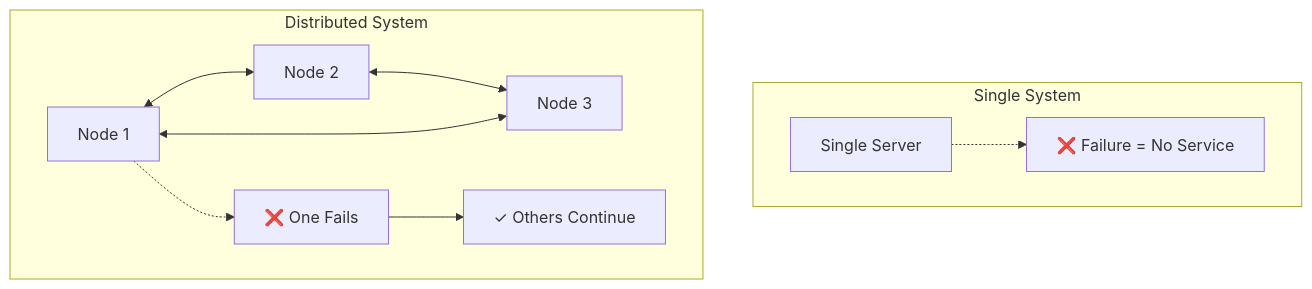
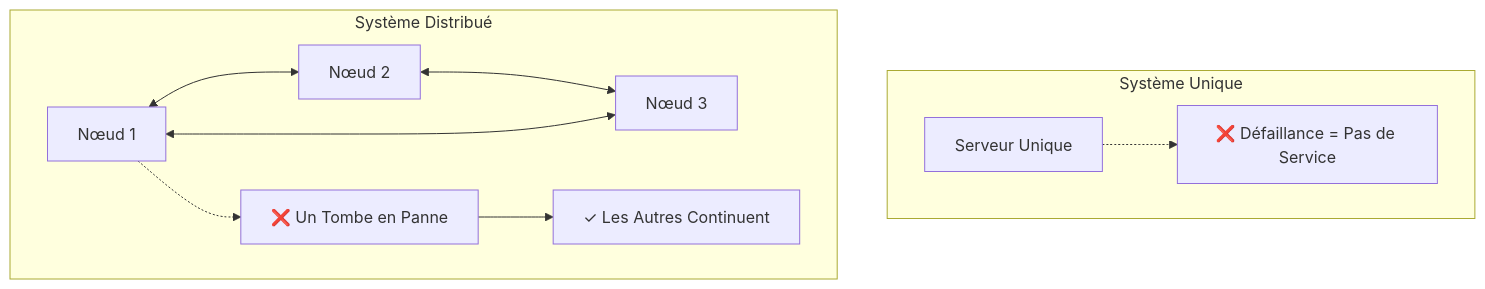
One commit to dardourimohamed/distributed-systems-course changed the sixth of 9 diagrams in src/fundamentals/01-what-is-ds.md. Above: the diagram before and after it, drawn with Mermaid. The commit also changed other lines of this file and 38 other files, not shown here.

````diff
--- a/src/fundamentals/01-what-is-ds.md
+++ b/src/fundamentals/01-what-is-ds.md
@@ -135,20 +135,20 @@
 ```mermaid
 graph TB
-    subgraph "Single System"
-        S[Single Server]
-        S -.-> X[❌ Failure = No Service]
+    subgraph "Système Unique"
+        S[Serveur Unique]
+        S -.-> X[❌ Défaillance = Pas de Service]
     end
 
-    subgraph "Distributed System"
-        N1[Node 1]
-        N2[Node 2]
-        N3[Node 3]
+    subgraph "Système Distribué"
+        N1[Nœud 1]
+        N2[Nœud 2]
+        N3[Nœud 3]
 
         N1 <--> N2
         N2 <--> N3
         N3 <--> N1
 
-        N1 -.-> X2[❌ One Fails]
-        X2 --> OK[✓ Others Continue]
+        N1 -.-> X2[❌ Un Tombe en Panne]
+        X2 --> OK[✓ Les Autres Continuent]
     end
 ```
````
